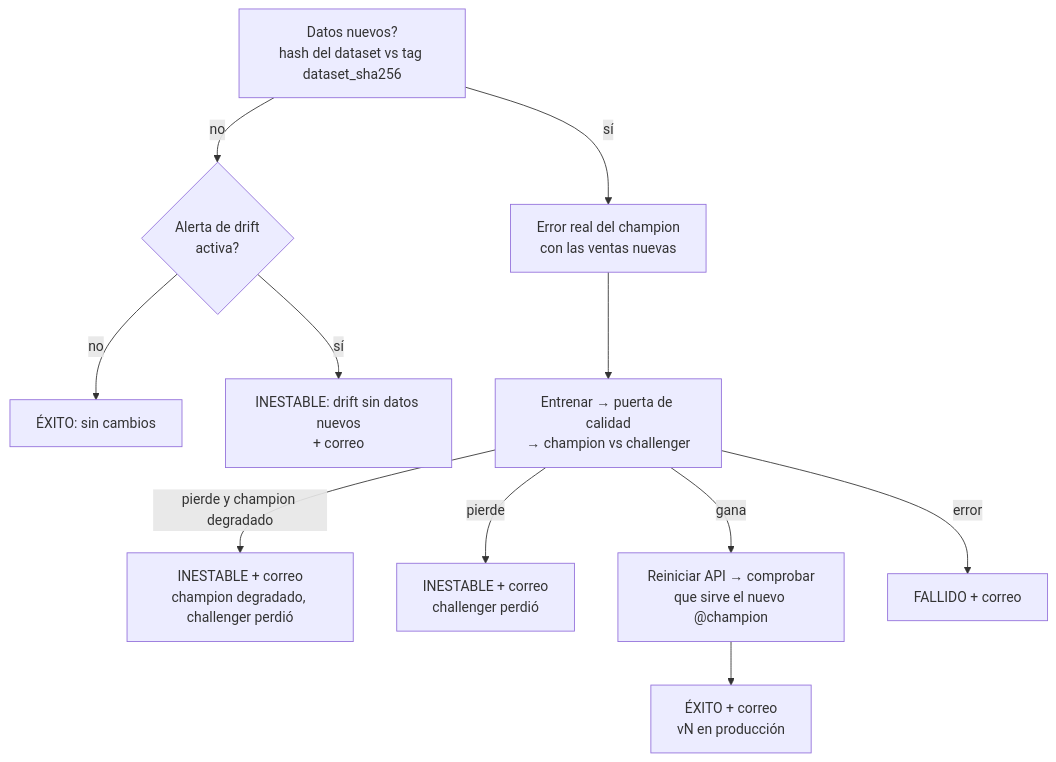
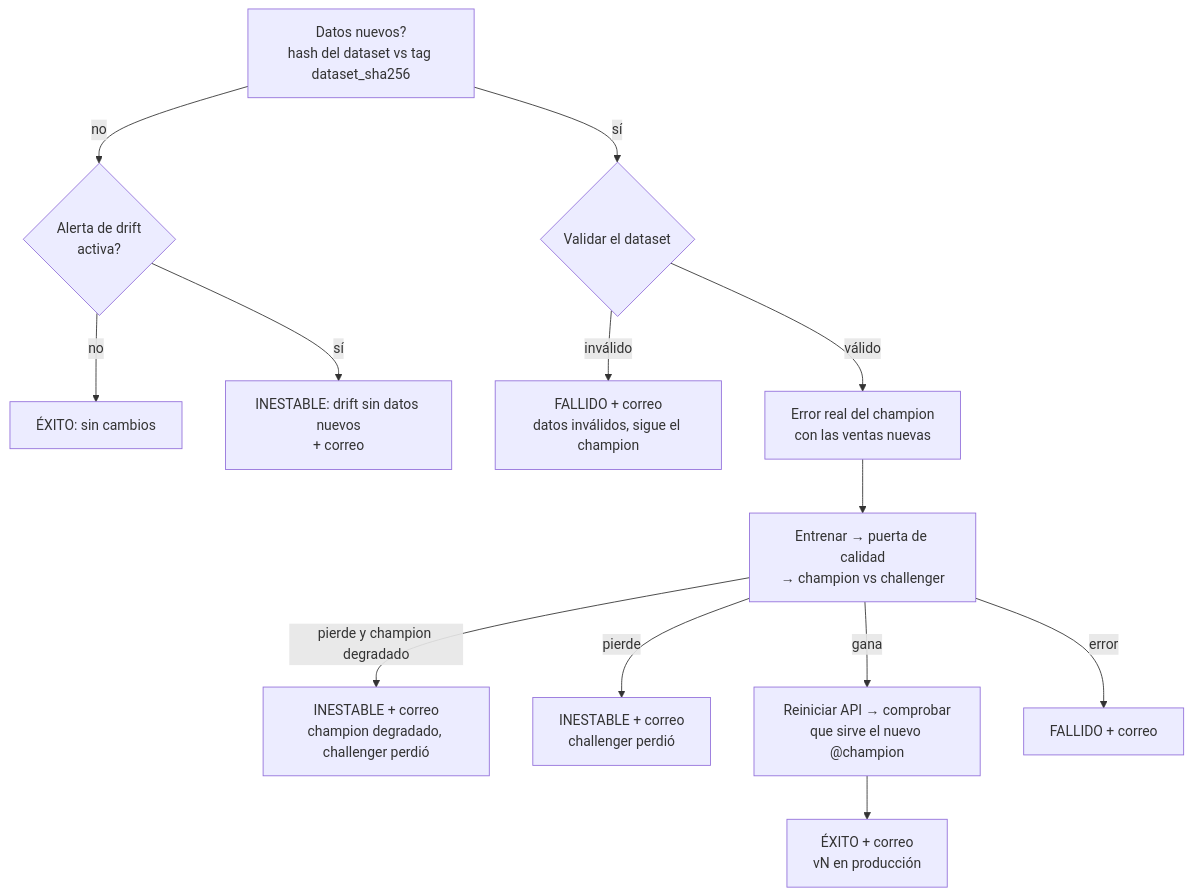
Before and after one commit to Elvis-David-Quinteros-Siles/house-price-predictor: the third of 3 diagrams in docs/MLOPS.md, drawn with Mermaid. The commit also changed other lines of this file and 8 other files, not shown here.

First line of the commit message:
feat(data): validación del dataset antes de entrenar

````diff
--- a/docs/MLOPS.md
+++ b/docs/MLOPS.md
@@ -399,13 +431,15 @@
 ```mermaid
 flowchart TD
     A[Datos nuevos?<br/>hash del dataset vs tag dataset_sha256] -->|no| B{Alerta de drift<br/>activa?}
     B -->|no| Z1[ÉXITO: sin cambios]
     B -->|sí| Z2[INESTABLE: drift sin datos nuevos<br/>+ correo]
-    A -->|sí| C[Error real del champion<br/>con las ventas nuevas]
+    A -->|sí| V{Validar el dataset}
+    V -->|inválido| Z7[FALLIDO + correo<br/>datos inválidos, sigue el champion]
+    V -->|válido| C[Error real del champion<br/>con las ventas nuevas]
     C --> D[Entrenar → puerta de calidad<br/>→ champion vs challenger]
     D -->|pierde y champion degradado| Z3[INESTABLE + correo<br/>champion degradado, challenger perdió]
     D -->|pierde| Z4[INESTABLE + correo<br/>challenger perdió]
     D -->|gana| E["Reiniciar API → comprobar<br/>que sirve el nuevo @champion"]
     E --> Z5[ÉXITO + correo<br/>vN en producción]
     D -->|error| Z6[FALLIDO + correo]
 ```
````
